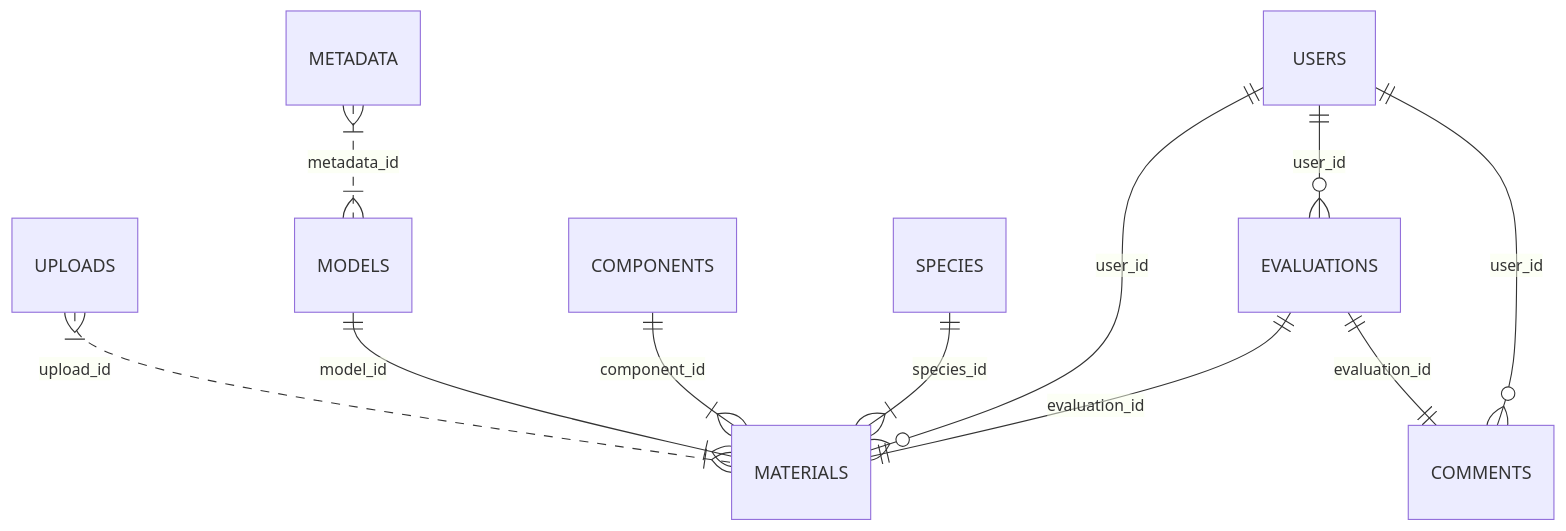
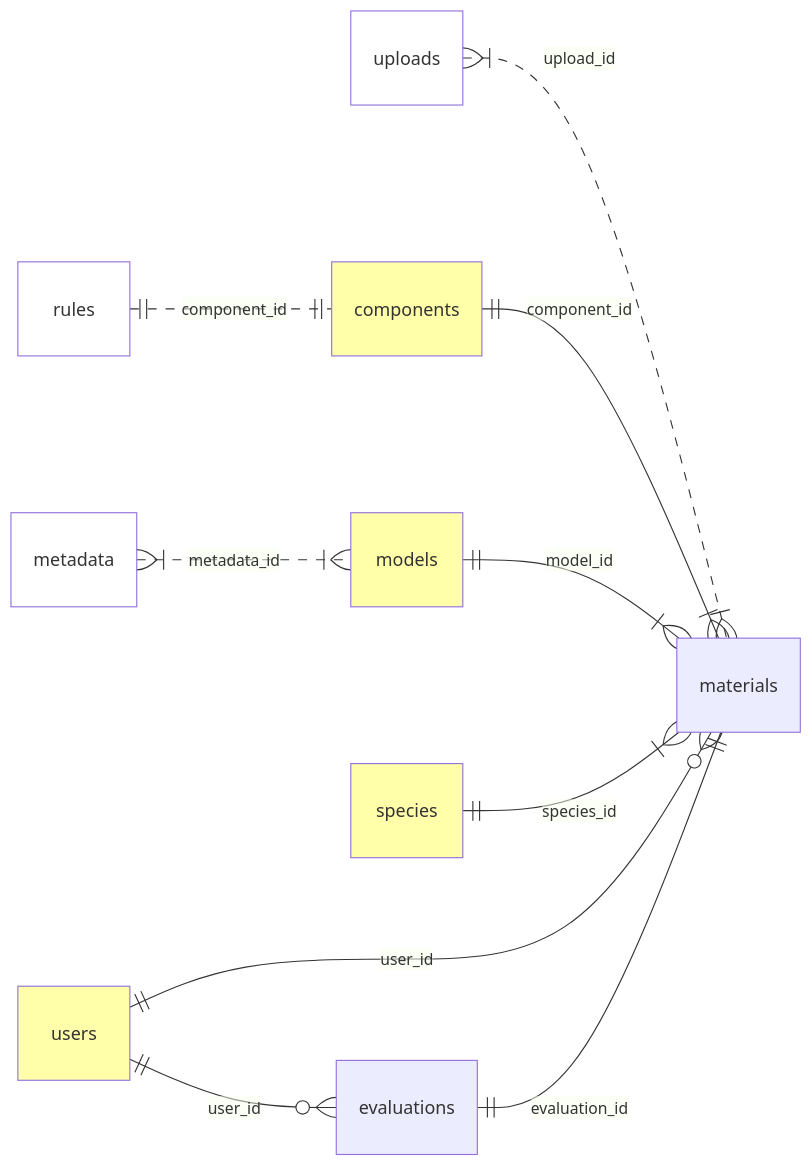
The diagram in docs/README.md (LandSciTech/sdmEvaluationTool), drawn with Mermaid before and after one commit. The commit also changed other lines of this file, not shown here.

Commit message:
Revised model

````diff
--- a/docs/README.md
+++ b/docs/README.md
@@ -5,15 +5,22 @@
 ```mermaid
 erDiagram
-    UPLOADS }|..|{ MATERIALS : upload_id
-    METADATA }|..|{ MODELS : metadata_id
-    COMPONENTS ||--|{ MATERIALS : component_id
+    direction LR
+    uploads }|..|{ materials : upload_id
+    style uploads fill:#fff
+    rules ||..|| components : component_id
+    style rules fill:#fff
+    metadata }|..|{ models : metadata_id
+    style metadata fill:#fff
 
-    MODELS ||--|{ MATERIALS : model_id
-    SPECIES ||--|{ MATERIALS : species_id
-    USERS ||--o{ MATERIALS : user_id
+    components ||--|{ materials : component_id
+    style components fill:#ffa
+    models ||--|{ materials : model_id
+    style models fill:#ffa
+    species ||--|{ materials : species_id
+    style species fill:#ffa
+    users ||--o{ materials : user_id
+    style users fill:#ffa
 
-    USERS ||--o{ EVALUATIONS : user_id
-    USERS ||--o{ COMMENTS : user_id
-    EVALUATIONS ||--|| MATERIALS : evaluation_id
-    EVALUATIONS ||--|| COMMENTS : evaluation_id
+    users ||--o{ evaluations : user_id
+    evaluations ||--|| materials : evaluation_id
 ```
````
